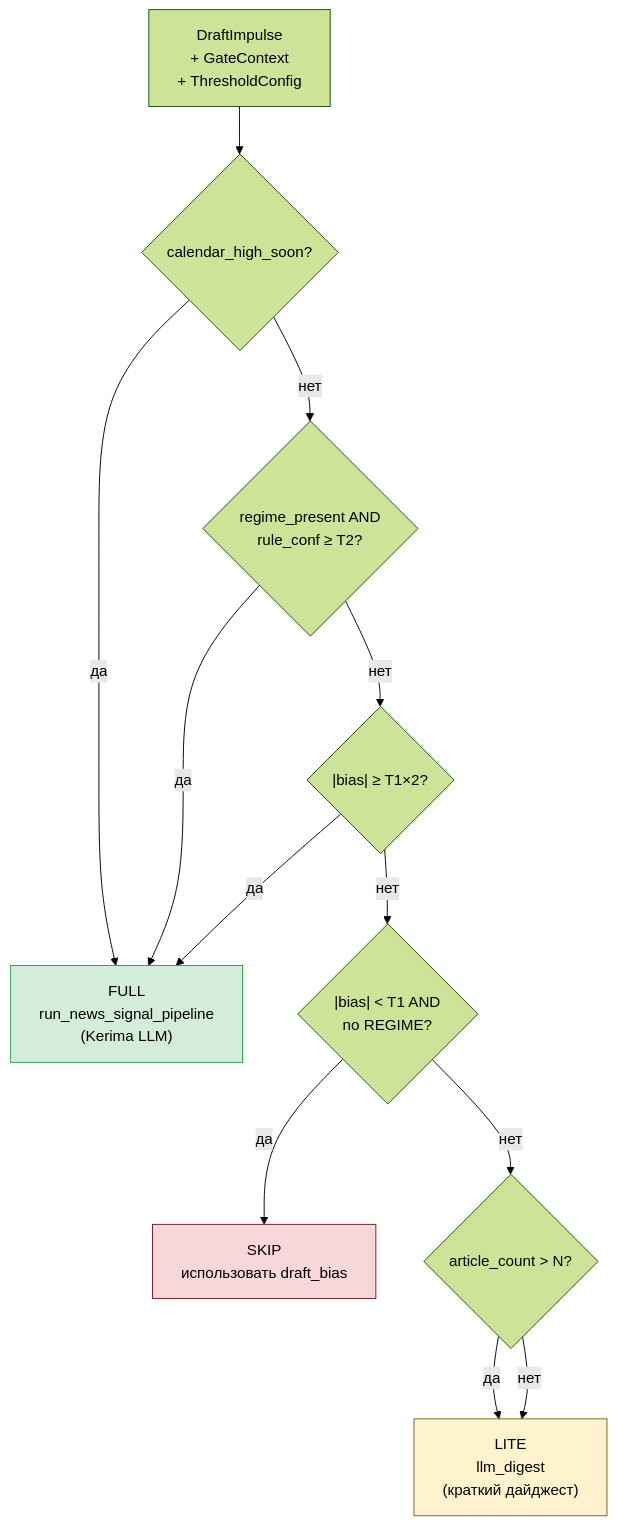
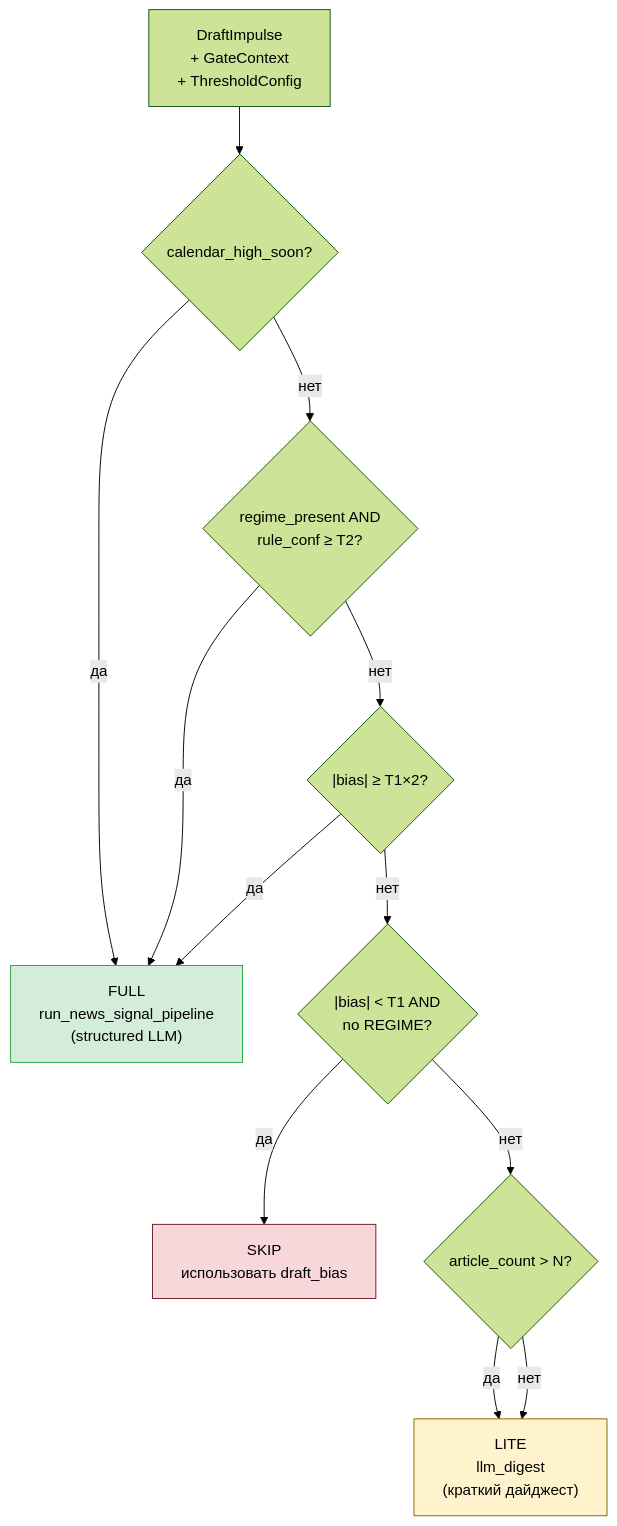
One commit to kobyzev-yuri/nyse changed the third of 6 diagrams in docs/dataflow.md. Above: the diagram before and after it, drawn with Mermaid (forest theme). The commit also changed other lines of this file and 59 other files, not shown here.

````diff
--- a/docs/dataflow.md
+++ b/docs/dataflow.md
@@ -113,30 +113,30 @@
 ```mermaid
 flowchart TB
     IN["DraftImpulse\n+ GateContext\n+ ThresholdConfig"]
 
     C1{"calendar_high_soon?"}
     C2{"regime_present AND\nrule_conf ≥ T2?"}
     C3{"|bias| ≥ T1×2?"}
     C4{"|bias| < T1 AND\nno REGIME?"}
     C5{"article_count > N?"}
 
-    FULL["FULL\nrun_news_signal_pipeline\n(Kerima LLM)"]
+    FULL["FULL\nrun_news_signal_pipeline\n(structured LLM)"]
     LITE["LITE\nllm_digest\n(краткий дайджест)"]
     SKIP["SKIP\nиспользовать draft_bias"]
 
     IN --> C1
     C1 -- да --> FULL
     C1 -- нет --> C2
     C2 -- да --> FULL
     C2 -- нет --> C3
     C3 -- да --> FULL
     C3 -- нет --> C4
     C4 -- да --> SKIP
     C4 -- нет --> C5
     C5 -- да --> LITE
     C5 -- нет --> LITE
 
     style FULL fill:#d4edda,stroke:#28a745
     style LITE fill:#fff3cd,stroke:#856404
     style SKIP fill:#f8d7da,stroke:#721c24
 ```
````
